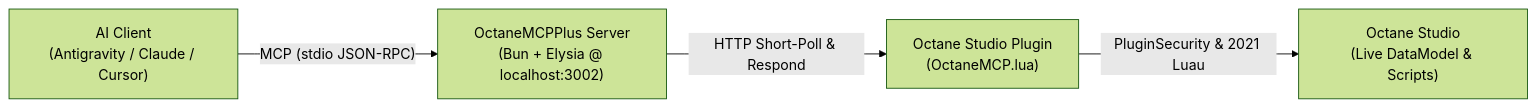
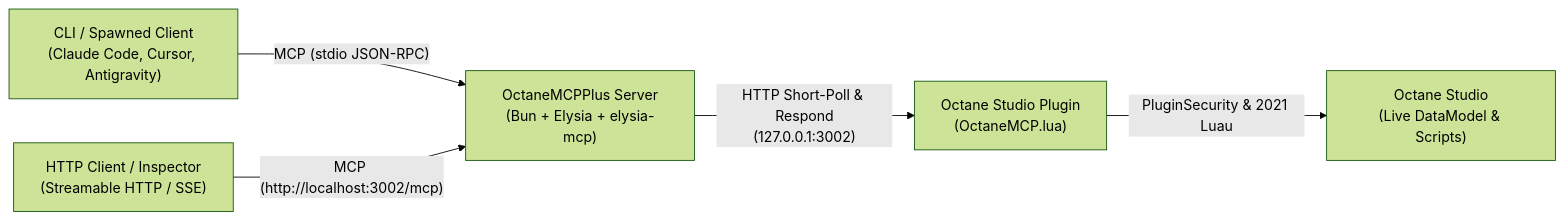
One commit to OctaneUtils/OctaneMCPPlus changed the diagram in README.md. Above: the diagram before and after it, drawn with Mermaid (forest theme). The commit also changed other lines of this file and 4 other files, not shown here.

Commit message:
feat: integrate elysia-mcp for streamable HTTP MCP transport

````diff
--- a/README.md
+++ b/README.md
@@ -27,6 +28,7 @@
 ```mermaid
 flowchart LR
-    AI["AI Client\n(Antigravity / Claude / Cursor)"] -- "MCP (stdio JSON-RPC)" --> Server["OctaneMCPPlus Server\n(Bun + Elysia @ localhost:3002)"]
-    Server -- "HTTP Short-Poll & Respond" --> Plugin["Octane Studio Plugin\n(OctaneMCP.lua)"]
+    AI1["CLI / Spawned Client\n(Claude Code, Cursor, Antigravity)"] -- "MCP (stdio JSON-RPC)" --> Server["OctaneMCPPlus Server\n(Bun + Elysia + elysia-mcp)"]
+    AI2["HTTP Client / Inspector\n(Streamable HTTP / SSE)"] -- "MCP (http://localhost:3002/mcp)" --> Server
+    Server -- "HTTP Short-Poll & Respond\n(127.0.0.1:3002)" --> Plugin["Octane Studio Plugin\n(OctaneMCP.lua)"]
     Plugin -- "PluginSecurity & 2021 Luau" --> Studio["Octane Studio\n(Live DataModel & Scripts)"]
 ```
````
